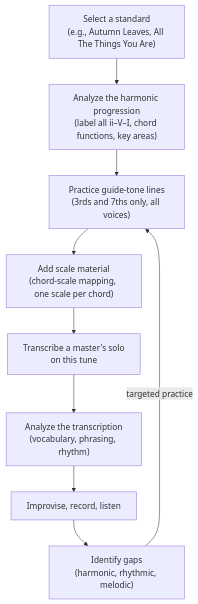
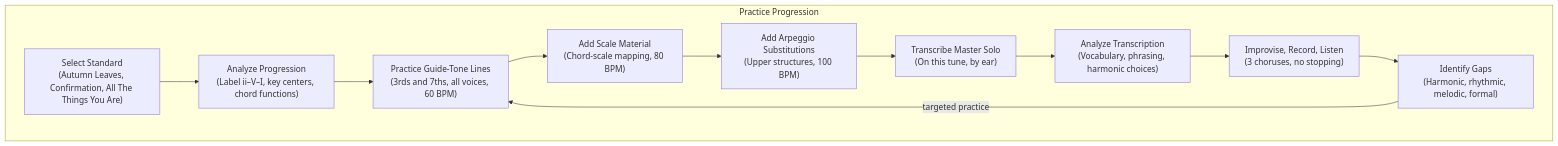
Before and after one commit to blebleblee/synapse: the sixth of 6 diagrams in topics/arts/composition/jazz_harmony/lesson_03_improvisation_techniques.md, drawn with Mermaid. The commit also changed other lines of this file and 4 other files, not shown here.

````diff
--- a/topics/arts/composition/jazz_harmony/lesson_03_improvisation_techniques.md
+++ b/topics/arts/composition/jazz_harmony/lesson_03_improvisation_techniques.md
@@ -578,16 +908,24 @@
 ```mermaid
 flowchart TD
-    A["Select a standard\n(e.g., Autumn Leaves, All The Things You Are)"]
-    B["Analyze the harmonic progression\n(label all ii–V–I, chord functions, key areas)"]
-    C["Practice guide-tone lines\n(3rds and 7ths only, all voices)"]
-    D["Add scale material\n(chord-scale mapping, one scale per chord)"]
-    E["Transcribe a master's solo\non this tune"]
-    F["Analyze the transcription\n(vocabulary, phrasing, rhythm)"]
-    G["Improvise, record, listen"]
-    H["Identify gaps\n(harmonic, rhythmic, melodic)"]
+    subgraph sub_progression ["Practice Progression"]
+        A["Select Standard\n(Autumn Leaves, Confirmation, All The Things You Are)"]
+        B["Analyze Progression\n(Label ii–V–I, key centers, chord functions)"]
+        C["Practice Guide-Tone Lines\n(3rds and 7ths, all voices, 60 BPM)"]
+        D["Add Scale Material\n(Chord-scale mapping, 80 BPM)"]
+        E["Add Arpeggio Substitutions\n(Upper structures, 100 BPM)"]
+        F["Transcribe Master Solo\n(On this tune, by ear)"]
+        G["Analyze Transcription\n(Vocabulary, phrasing, harmonic choices)"]
+        H["Improvise, Record, Listen\n(3 choruses, no stopping)"]
+        I["Identify Gaps\n(Harmonic, rhythmic, melodic, formal)"]
+    end
 
-    A --> B --> C --> D
-    D --> E --> F
-    F --> G --> H
-    H -->|"targeted practice"| C
+    A --> B
+    B --> C
+    C --> D
+    D --> E
+    E --> F
+    F --> G
+    G --> H
+    H --> I
+    I -->|"targeted practice"| C
 ```
````
